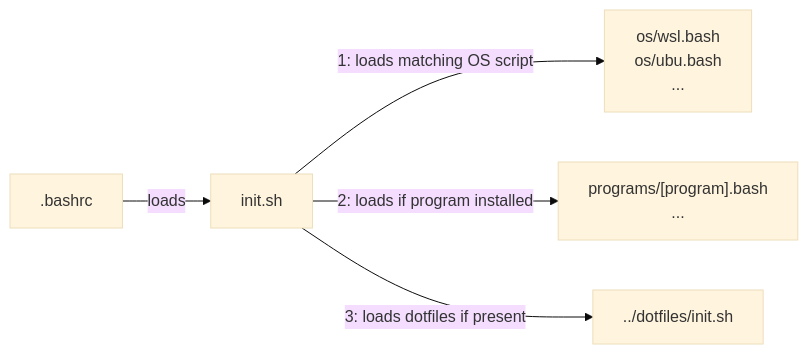
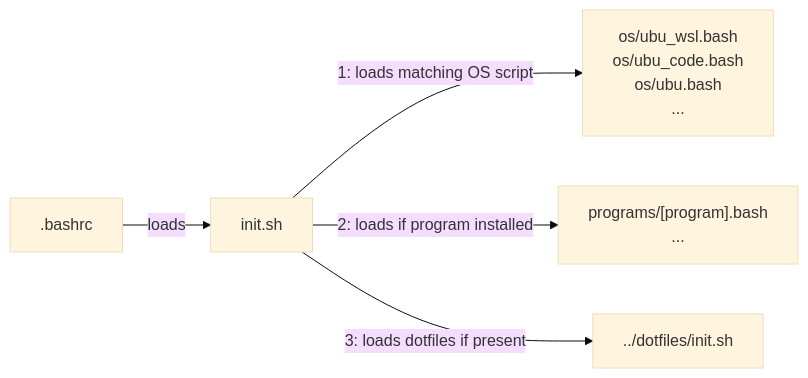
One commit to alanlivio/cli-helpers changed the first of 2 diagrams in README.md. Above: the diagram before and after it, drawn with Mermaid (base theme). The commit also changed other lines of this file and 6 other files, not shown here.

Commit message:
add win_code and ubu_code

````diff
--- a/README.md
+++ b/README.md
@@ -7,23 +7,24 @@
 ```mermaid
 flowchart LR
     bashrc[".bashrc"]
     %% ps-init["init.ps1"]
     sh-init["init.sh"]
     program-dependent["
         programs/[program].bash
         ...
     "]
     OS-dependent["
-        os/wsl.bash
+        os/ubu_wsl.bash
+        os/ubu_code.bash
         os/ubu.bash
         ...
     "]
     dotfiles["
         ../dotfiles/init.sh
     "]
     
     bashrc --> |"loads"| sh-init
     sh-init --> |"1: loads matching OS script"| OS-dependent
     sh-init --> |"2: loads if program installed"| program-dependent
     sh-init --> |"3: loads dotfiles if present"| dotfiles
 ```
````
